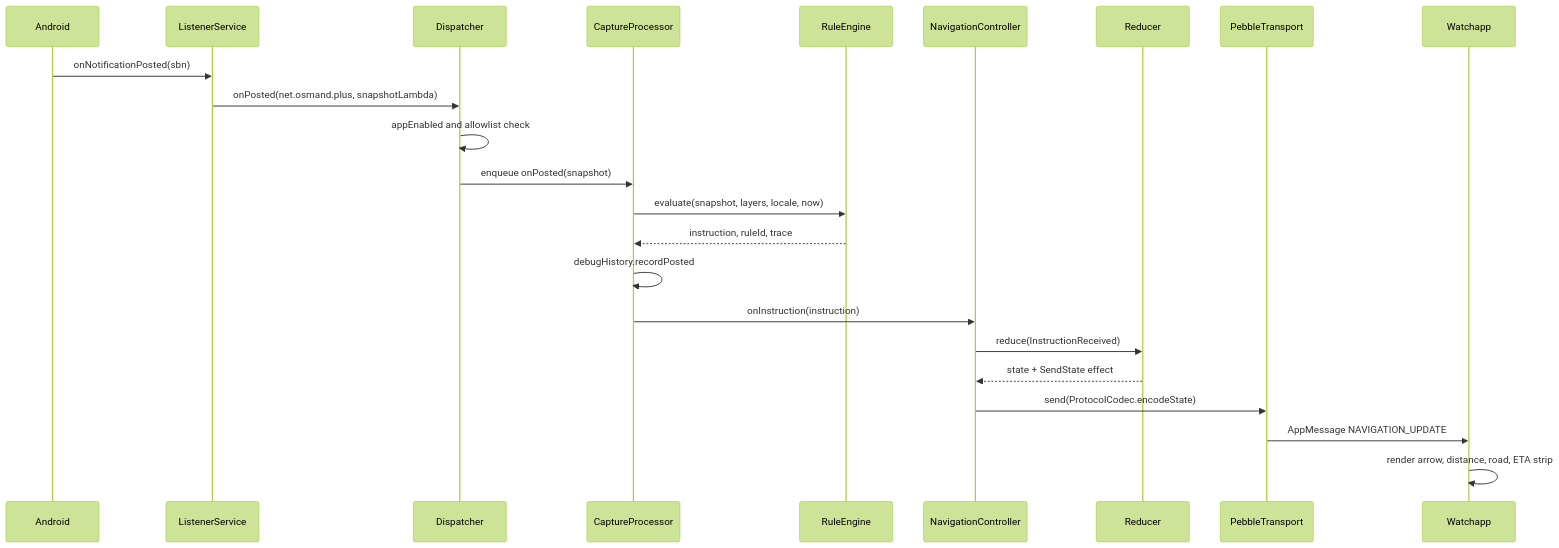
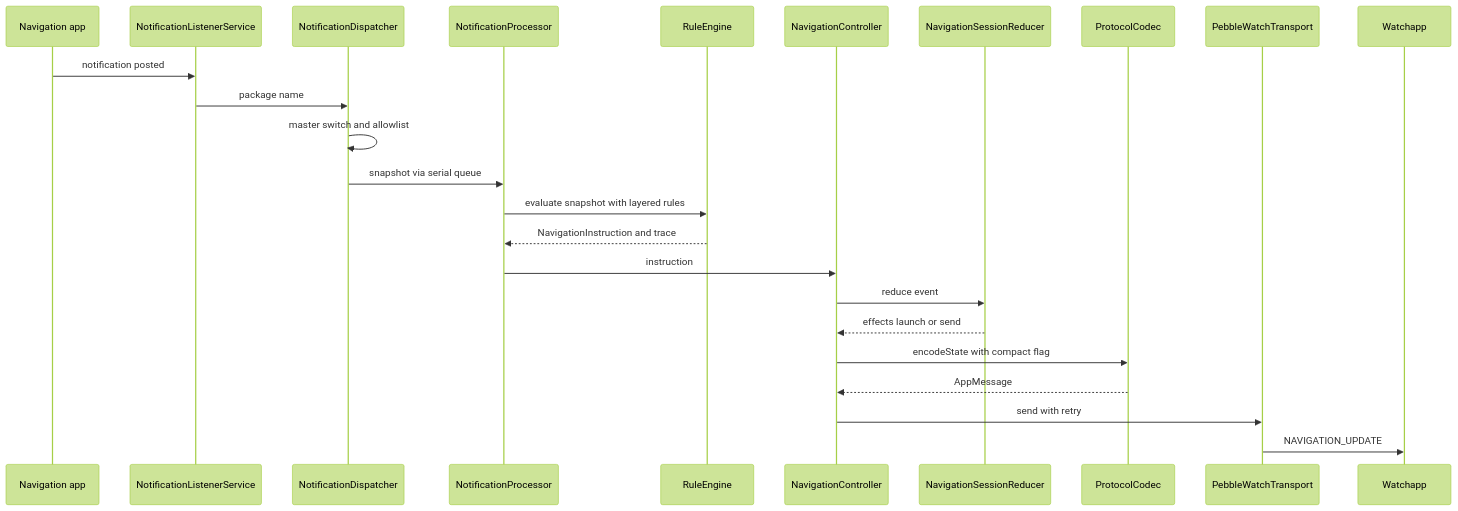
Before and after one commit to optio/PebbleNTN: the second of 4 diagrams in aidlc/spaces/default/codekb/PebbleNTN/architecture.md, drawn with Mermaid (forest theme). The commit also changed other lines of this file and 48 other files, not shown here.

````diff
--- a/aidlc/spaces/default/codekb/PebbleNTN/architecture.md
+++ b/aidlc/spaces/default/codekb/PebbleNTN/architecture.md
@@ -83,25 +70,26 @@
 ```mermaid
 sequenceDiagram
-    participant OS as Android
-    participant LS as ListenerService
-    participant ND as Dispatcher
-    participant CP as CaptureProcessor
-    participant RE as RuleEngine
-    participant NC as NavigationController
-    participant RD as Reducer
-    participant TR as PebbleTransport
-    participant W as Watchapp
-    OS->>LS: onNotificationPosted(sbn)
-    LS->>ND: onPosted(net.osmand.plus, snapshotLambda)
-    ND->>ND: appEnabled and allowlist check
-    ND->>CP: enqueue onPosted(snapshot)
-    CP->>RE: evaluate(snapshot, layers, locale, now)
-    RE-->>CP: instruction, ruleId, trace
-    CP->>CP: debugHistory.recordPosted
-    CP->>NC: onInstruction(instruction)
-    NC->>RD: reduce(InstructionReceived)
-    RD-->>NC: state + SendState effect
-    NC->>TR: send(ProtocolCodec.encodeState)
-    TR->>W: AppMessage NAVIGATION_UPDATE
-    W->>W: render arrow, distance, road, ETA strip
+  participant N as Navigation app
+  participant L as NotificationListenerService
+  participant D as NotificationDispatcher
+  participant P as NotificationProcessor
+  participant R as RuleEngine
+  participant C as NavigationController
+  participant S as NavigationSessionReducer
+  participant K as ProtocolCodec
+  participant T as PebbleWatchTransport
+  participant W as Watchapp
+  N->>L: notification posted
+  L->>D: package name
+  D->>D: master switch and allowlist
+  D->>P: snapshot via serial queue
+  P->>R: evaluate snapshot with layered rules
+  R-->>P: NavigationInstruction and trace
+  P->>C: instruction
+  C->>S: reduce event
+  S-->>C: effects launch or send
+  C->>K: encodeState with compact flag
+  K-->>C: AppMessage
+  C->>T: send with retry
+  T->>W: NAVIGATION_UPDATE
 ```
````
